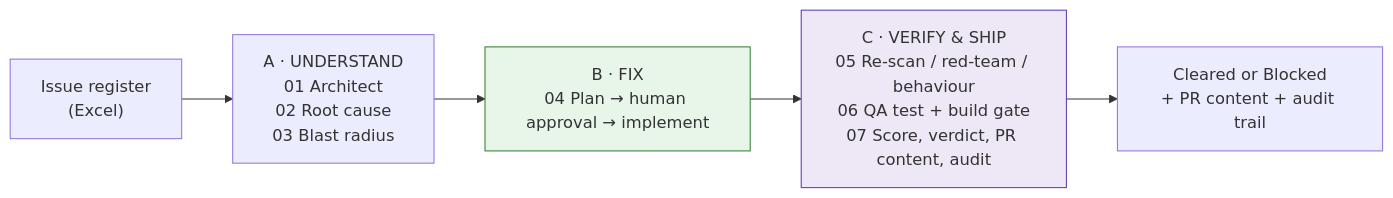
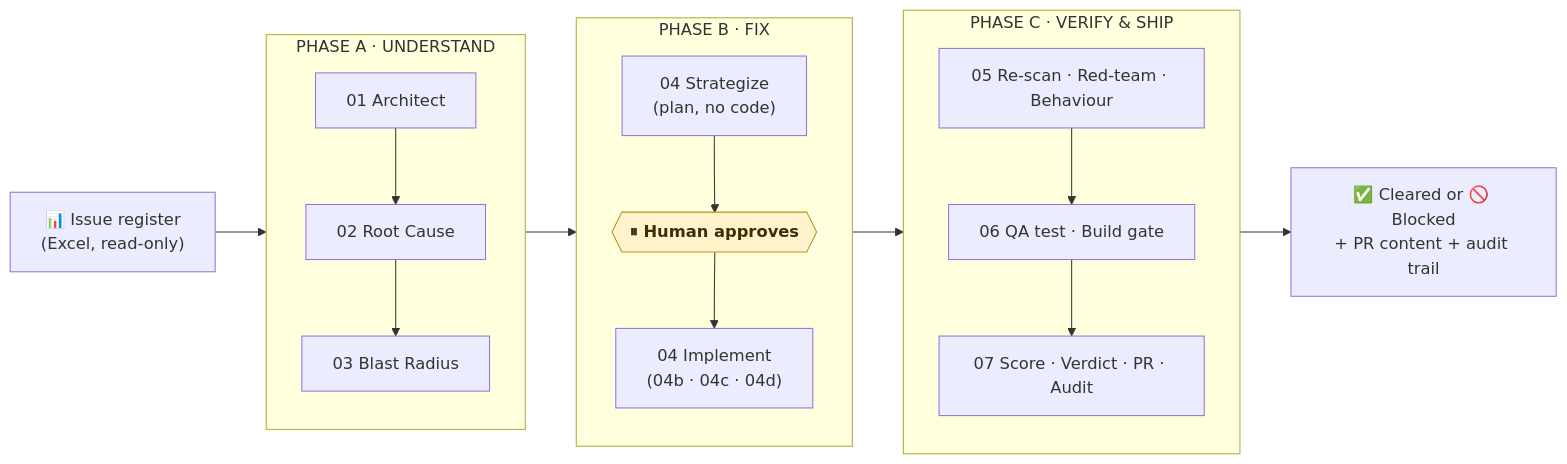
The first of 31 diagrams in README.md (KrishnaAnnavaram/MARS), drawn with Mermaid before and after one commit. The commit also changed other lines of this file, not shown here.

````diff
--- a/README.md
+++ b/README.md
@@ -87,9 +89,22 @@
 ```mermaid
 flowchart LR
-    IN["Issue register<br/>(Excel)"] --> A["A · UNDERSTAND<br/>01 Architect<br/>02 Root cause<br/>03 Blast radius"]
-    A --> B["B · FIX<br/>04 Plan → human approval → implement"]
-    B --> C["C · VERIFY & SHIP<br/>05 Re-scan / red-team / behaviour<br/>06 QA test + build gate<br/>07 Score, verdict, PR content, audit"]
-    C --> OUT["Cleared or Blocked<br/>+ PR content + audit trail"]
-    style B fill:#e8f5e9,stroke:#2e7d32
-    style C fill:#ede7f6,stroke:#5e35b1
+    IN["📊 Issue register<br/>(Excel, read-only)"] --> A
+    subgraph A["PHASE A · UNDERSTAND"]
+      direction TB
+      A1["01 Architect"] --> A2["02 Root Cause"] --> A3["03 Blast Radius"]
+    end
+    A --> B
+    subgraph B["PHASE B · FIX"]
+      direction TB
+      B1["04 Strategize<br/>(plan, no code)"] --> H{{"⏸ Human approves"}} --> B2["04 Implement<br/>(04b · 04c · 04d)"]
+    end
+    B --> C
+    subgraph C["PHASE C · VERIFY & SHIP"]
+      direction TB
+      C1["05 Re-scan · Red-team · Behaviour"] --> C2["06 QA test · Build gate"] --> C3["07 Score · Verdict · PR · Audit"]
+    end
+    C --> OUT["✅ Cleared or 🚫 Blocked<br/>+ PR content + audit trail"]
+
+    classDef human fill:#fff3cd,stroke:#b8901f,color:#3d2f00,font-weight:bold
+    class H human
 ```
````
